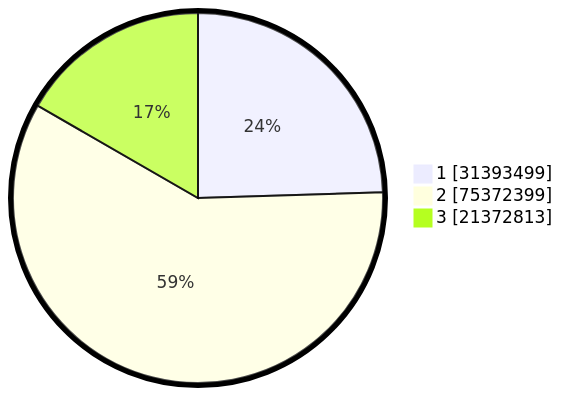
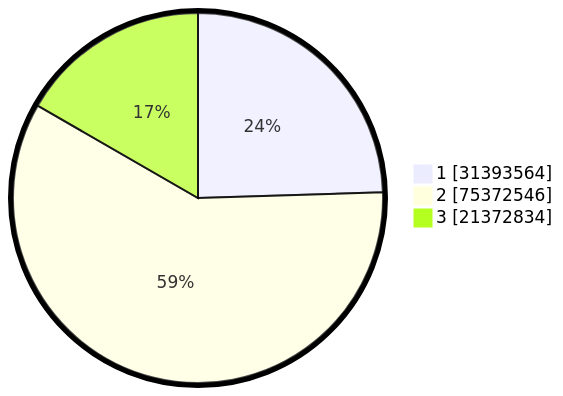
The second of 2 diagrams in pilpres/hitung-suara/README.md (gigit-pemilu/pemilu-2024), drawn with Mermaid before and after one commit. The commit also changed other lines of this file and 6 other files, not shown here.

````diff
--- a/pilpres/hitung-suara/README.md
+++ b/pilpres/hitung-suara/README.md
@@ -93,7 +93,7 @@
 ```mermaid
 %%{init: {"pie": {"textPosition": 0.5}, "themeVariables": {"pieOuterStrokeWidth": "5px"}} }%%
 pie showData
-    "1" : 31393499
-    "2" : 75372399
-    "3" : 21372813
+    "1" : 31393564
+    "2" : 75372546
+    "3" : 21372834
 ```
````
